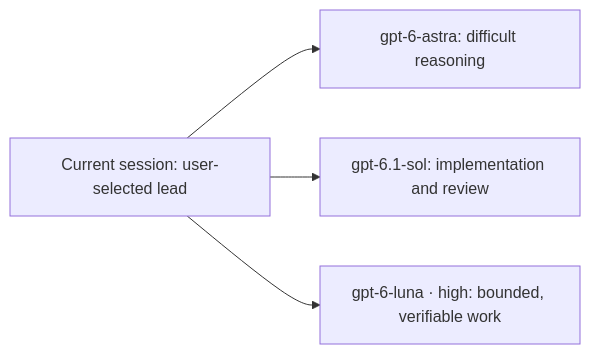
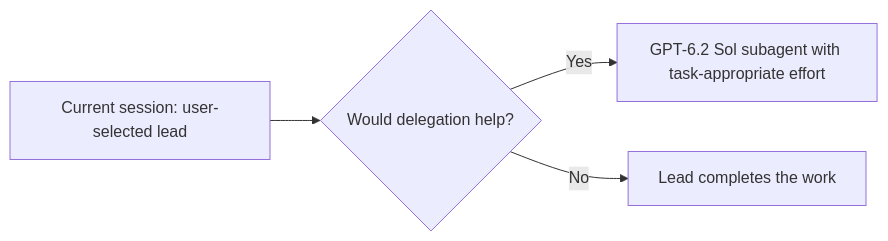
Before and after one commit to chips-lxm/adaptive-model-orchestrator: the diagram in README.md, drawn with Mermaid. The commit also changed other lines of this file and 9 other files, not shown here.

Commit message:
Use GPT-6.2 Sol reasoning tiers for ordinary subagents

````diff
--- a/README.md
+++ b/README.md
@@ -5,6 +5,6 @@
 ```mermaid
 flowchart LR
-  L["Current session: user-selected lead"] --> A["gpt-6-astra: difficult reasoning"]
-  L --> S["gpt-6.1-sol: implementation and review"]
-  L --> U["gpt-6-luna · high: bounded, verifiable work"]
+  L["Current session: user-selected lead"] --> R{"Would delegation help?"}
+  R -->|Yes| S["GPT-6.2 Sol subagent with task-appropriate effort"]
+  R -->|No| E["Lead completes the work"]
 ```
````
